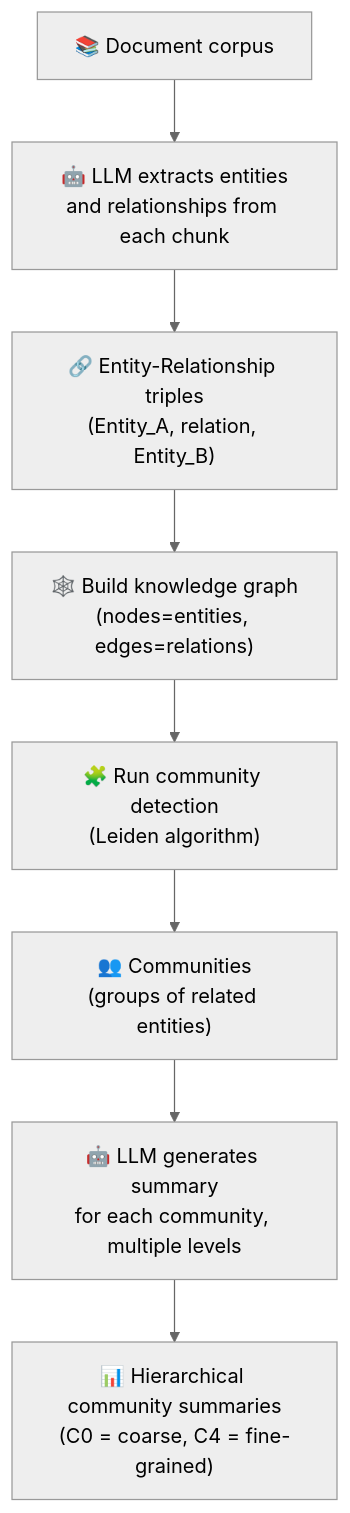
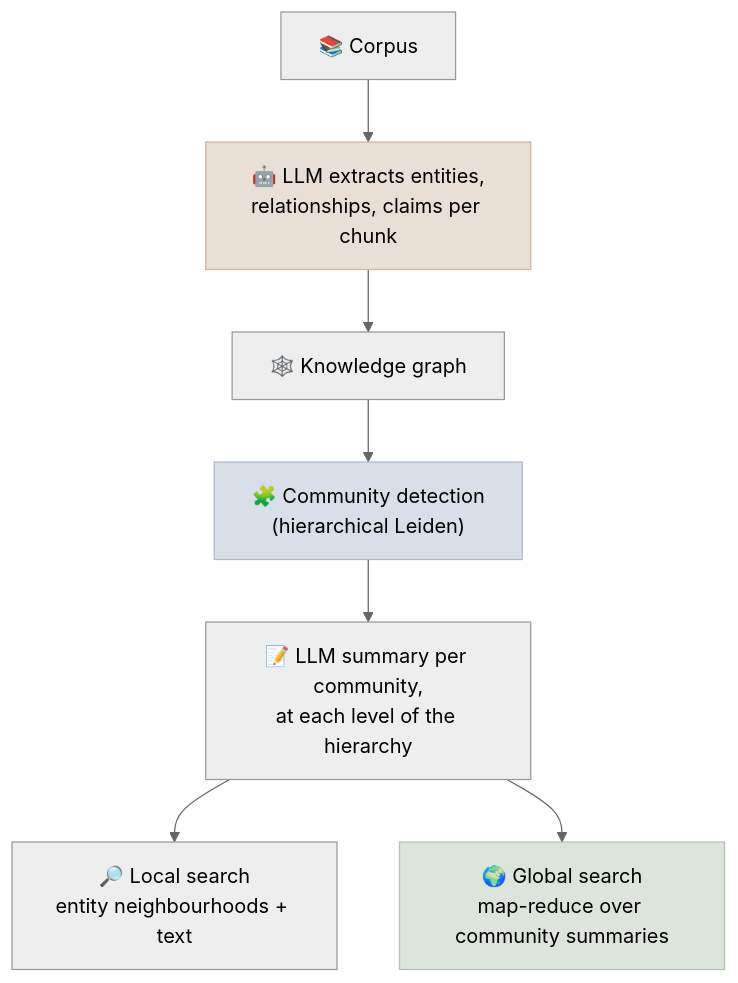
The third of 3 diagrams in src/content/11-RAG/Notes/07-Advanced-RAG-Patterns.mdx (sundante/sun-course-genai), drawn with Mermaid (neutral theme) before and after one commit. The commit also changed other lines of this file and 24 other files, not shown here.

````diff
--- a/src/content/11-RAG/Notes/07-Advanced-RAG-Patterns.mdx
+++ b/src/content/11-RAG/Notes/07-Advanced-RAG-Patterns.mdx
@@ -538,10 +136,13 @@
 ```mermaid
 flowchart TD
-    A["📚 Document corpus"] --> B["🤖 LLM extracts entities<br/>and relationships from each chunk"]
-    B --> C["🔗 Entity-Relationship triples<br/>(Entity_A, relation, Entity_B)"]
-    C --> D["🕸️ Build knowledge graph<br/>(nodes=entities, edges=relations)"]
-    D --> E["🧩 Run community detection<br/>(Leiden algorithm)"]
-    E --> F["👥 Communities<br/>(groups of related entities)"]
-    F --> G["🤖 LLM generates summary<br/>for each community, multiple levels"]
-    G --> H["📊 Hierarchical community summaries<br/>(C0 = coarse, C4 = fine-grained)"]
+    D["📚 Corpus"] --> E["🤖 LLM extracts entities,<br/>relationships, claims per chunk"]
+    E --> KG["🕸️ Knowledge graph"]
+    KG --> C["🧩 Community detection<br/>(hierarchical Leiden)"]
+    C --> S["📝 LLM summary per community,<br/>at each level of the hierarchy"]
+    S --> L["🔎 Local search<br/>entity neighbourhoods + text"]
+    S --> GL["🌍 Global search<br/>map-reduce over community summaries"]
+
+    style E fill:#e8e0d4,stroke:#c8b89a
+    style C fill:#d8dfe8,stroke:#b0bac8
+    style GL fill:#dde4dc,stroke:#b0c4b0
 ```
````
